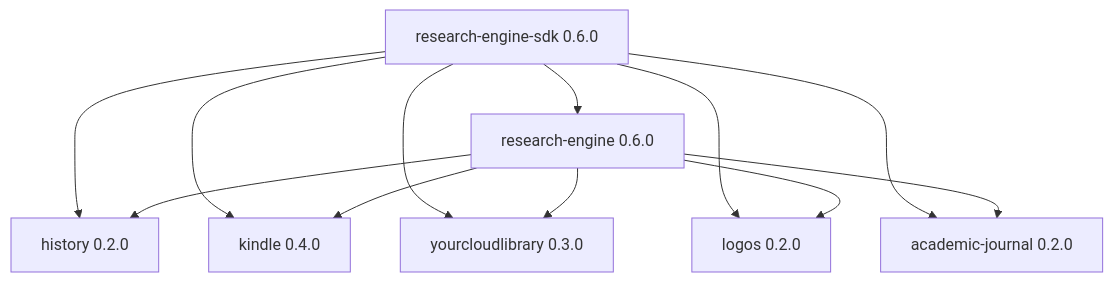
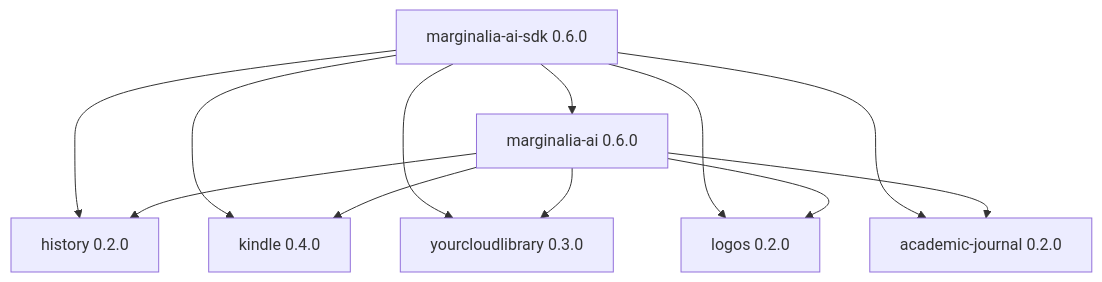
The diagram in docs/implementation/pypi-plugin-migration/index.md (John-Cusack/MarginaliaAI), drawn with Mermaid before and after one commit. The commit also changed other lines of this file and 37 other files, not shown here.

````diff
--- a/docs/implementation/pypi-plugin-migration/index.md
+++ b/docs/implementation/pypi-plugin-migration/index.md
@@ -44,14 +44,14 @@
 ```mermaid
 graph TD
-    SDK[research-engine-sdk 0.6.0] --> Core[research-engine 0.6.0]
+    SDK[marginalia-ai-sdk 0.6.0] --> Core[marginalia-ai 0.6.0]
     SDK --> History[history 0.2.0]
     SDK --> Kindle[kindle 0.4.0]
     SDK --> YCL[yourcloudlibrary 0.3.0]
     SDK --> Logos[logos 0.2.0]
     SDK --> Academic[academic-journal 0.2.0]
     Core --> History
     Core --> Kindle
     Core --> YCL
     Core --> Logos
     Core --> Academic
 ```
````
